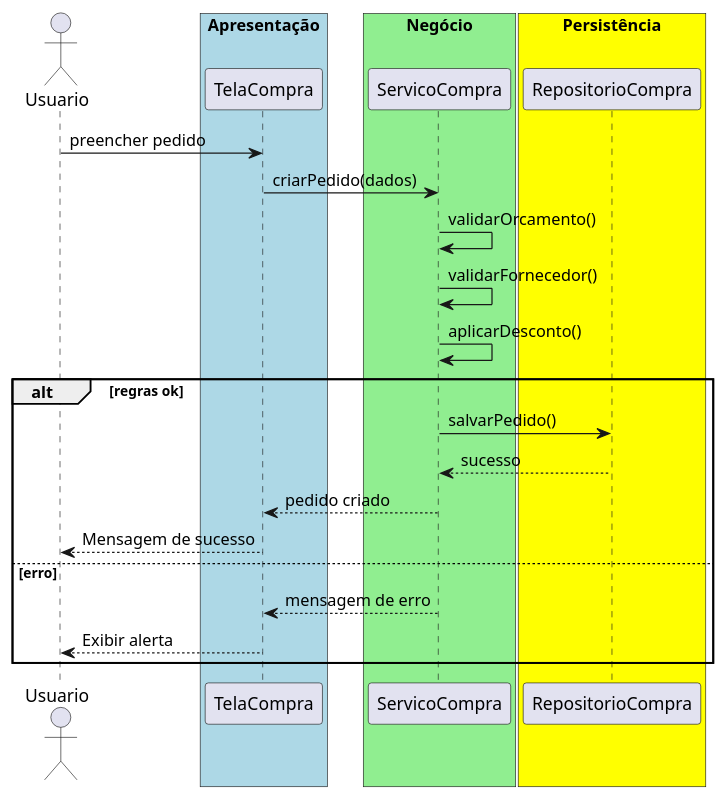
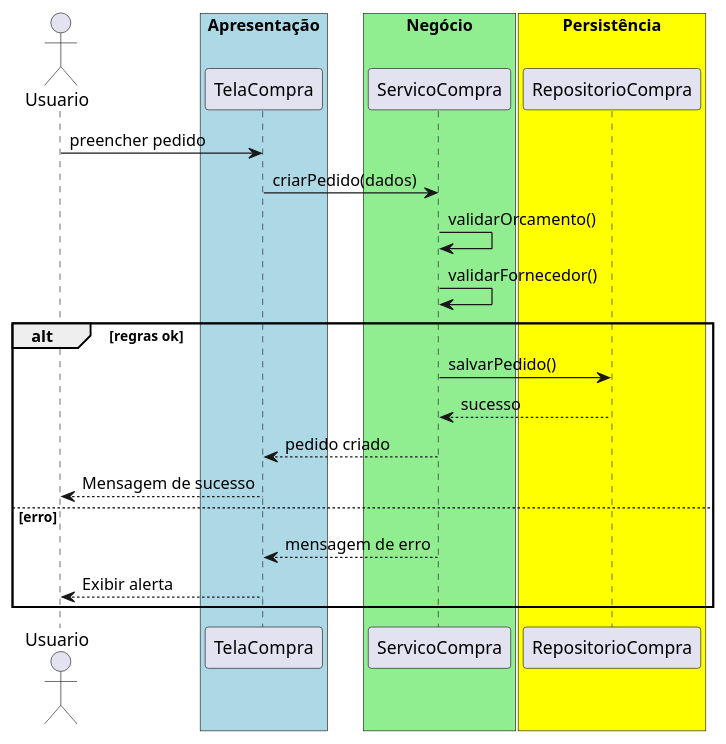
The diagram in src/trabalhos/Trabalho33.md (20261-ifba-saj-ads-poo/blog), drawn with PlantUML before and after one commit. The commit also changed other lines of this file, not shown here.

````diff
--- a/src/trabalhos/Trabalho33.md
+++ b/src/trabalhos/Trabalho33.md
@@ -30,28 +28,27 @@
 ```plantuml
 @startuml
 actor Usuario
 box "Apresentação" #lightblue
     participant TelaCompra
 end box
 box "Negócio" #lightgreen
     participant ServicoCompra
 end box
 box "Persistência" #yellow
     participant RepositorioCompra
 end box
 Usuario -> TelaCompra : preencher pedido
 TelaCompra -> ServicoCompra : criarPedido(dados)
 ServicoCompra -> ServicoCompra : validarOrcamento()
 ServicoCompra -> ServicoCompra : validarFornecedor()
-ServicoCompra -> ServicoCompra : aplicarDesconto()
 alt regras ok
     ServicoCompra -> RepositorioCompra : salvarPedido()
     RepositorioCompra --> ServicoCompra : sucesso
     ServicoCompra --> TelaCompra : pedido criado
     TelaCompra --> Usuario : Mensagem de sucesso
 else erro
     ServicoCompra --> TelaCompra : mensagem de erro
     TelaCompra --> Usuario : Exibir alerta
 end
 @enduml
 ```
````
